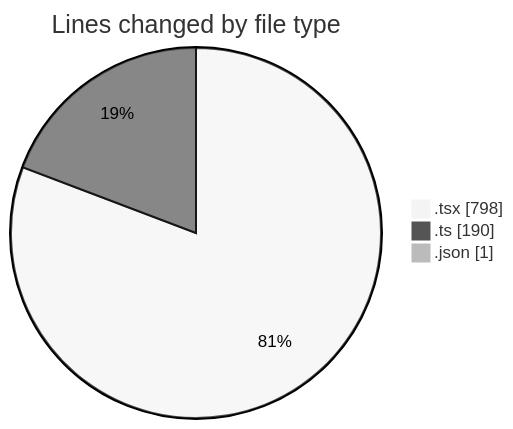
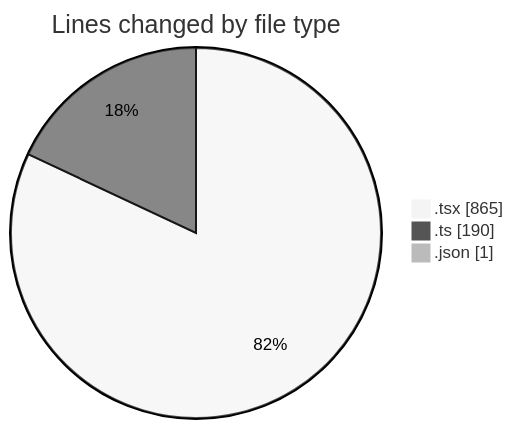
The first of 2 diagrams in 2026-09-17/cda/README.md (momahboobian/code-tracking), drawn with Mermaid (neutral theme) before and after one commit. The commit also changed other lines of this file and 1 other file, not shown here.

````diff
--- a/2026-09-17/cda/README.md
+++ b/2026-09-17/cda/README.md
@@ -35,7 +36,7 @@
 ```mermaid
 pie showData
 title Lines changed by file type
-".tsx" : 798
+".tsx" : 865
 ".ts" : 190
 ".json" : 1
 ```
````
